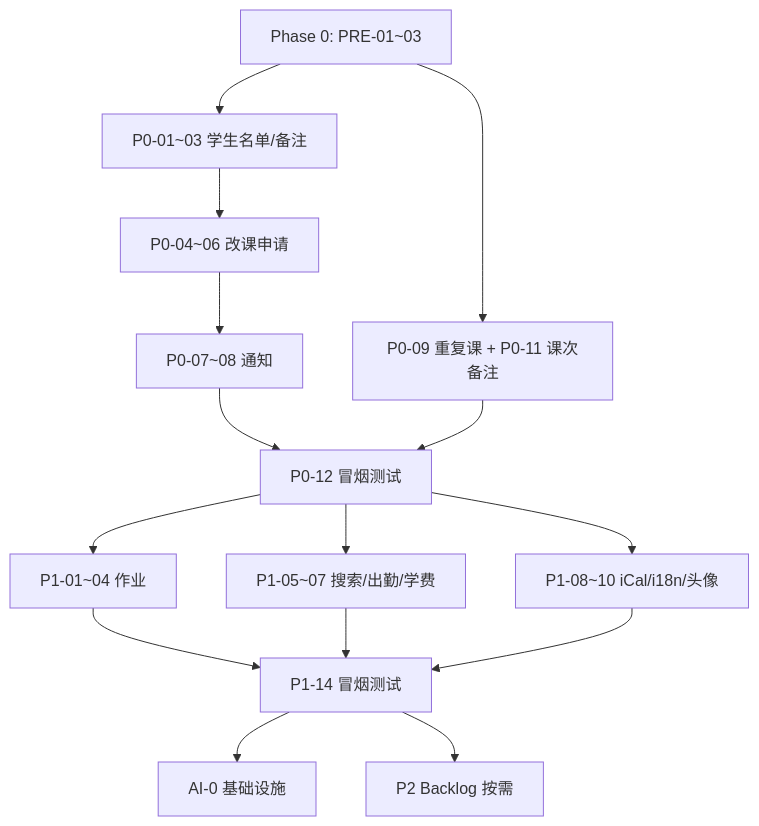
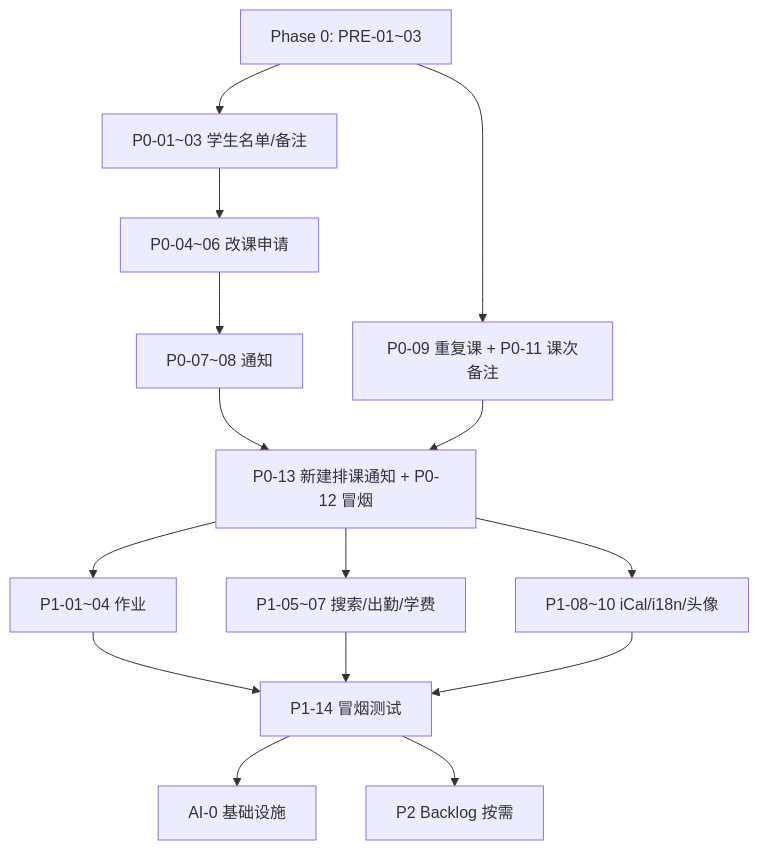
Before and after one commit to ZacahryZhou/EduSync: the second of 2 diagrams in docs/DEVELOPMENT-ROADMAP.md, drawn with Mermaid. The commit also changed other lines of this file and 2550 other files, not shown here.

````diff
--- a/docs/DEVELOPMENT-ROADMAP.md
+++ b/docs/DEVELOPMENT-ROADMAP.md
@@ -642,17 +684,17 @@
 ```mermaid
 flowchart TD
     PRE[Phase 0: PRE-01~03] --> P0A[P0-01~03 学生名单/备注]
     P0A --> P0B[P0-04~06 改课申请]
     P0B --> P0C[P0-07~08 通知]
     PRE --> P0D[P0-09 重复课 + P0-11 课次备注]
-    P0C --> P0E[P0-12 冒烟测试]
+    P0C --> P0E[P0-13 新建排课通知 + P0-12 冒烟]
     P0D --> P0E
     P0E --> P1A[P1-01~04 作业]
     P0E --> P1B[P1-05~07 搜索/出勤/学费]
     P0E --> P1C[P1-08~10 iCal/i18n/头像]
     P1A --> P1D[P1-14 冒烟测试]
     P1B --> P1D
     P1C --> P1D
     P1D --> AI[AI-0 基础设施]
     P1D --> P2BK[P2 Backlog 按需]
 ```
````
